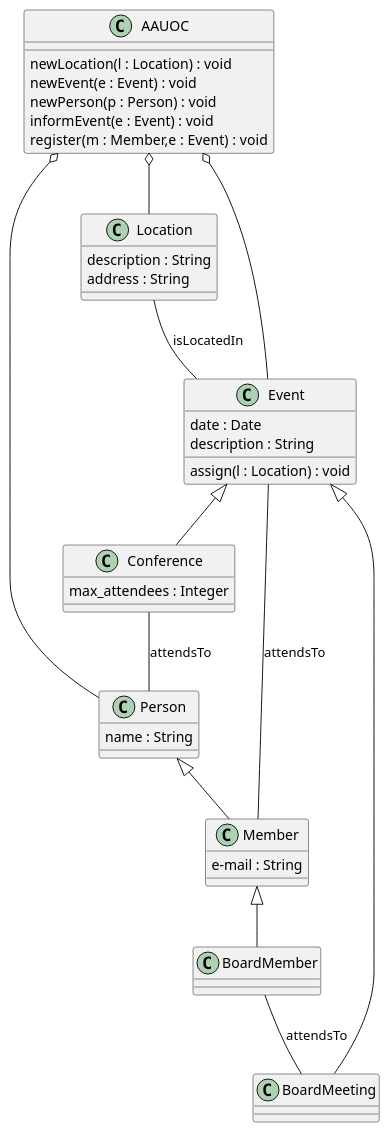
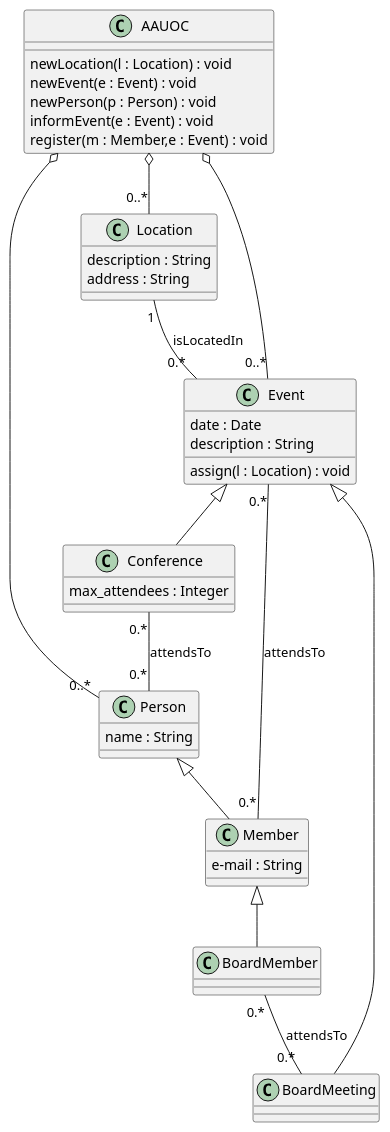
Before and after one commit to ESQUI19/UMLClasesVictoriaRamirezGarcia: the diagram in UMLClases.puml, drawn with PlantUML.

Commit message:
Proyecto finalizado.

```diff
--- a/UMLClases.puml
+++ b/UMLClases.puml
@@ -1,45 +1,48 @@
 @startuml
 class AAUOC {
     newLocation(l : Location) : void
     newEvent(e : Event) : void
     newPerson(p : Person) : void
     informEvent(e : Event) : void
     register(m : Member,e : Event) : void
 }
 class Person{
     name : String
 }
 class Member{
     e-mail : String
 }
 class BoardMember{}
 class Event{
     date : Date
     description : String
 
     assign(l : Location) : void
 }
+
 class Conference{
     max_attendees : Integer
 }
 class BoardMeeting{}
 class Location{
     description : String
     address : String
 }
 
-AAUOC o-- Person
-AAUOC o-- Event
-AAUOC o-- Location
+
+AAUOC o-- "0..*" Person
+AAUOC o-- "0..*" Event
+AAUOC o-- "0..*" Location
 Event <|-- BoardMeeting
 Event <|-- Conference
 Member <|-- BoardMember
 Person <|-- Member
 
-Location --Event : isLocatedIn
-Event -- Member : attendsTo
-Conference -- Person :attendsTo
-BoardMember -- BoardMeeting : attendsTo
+
+Location "1" -- "0.*" Event : isLocatedIn
+Event "0.*" -- "0.*" Member : attendsTo
+Conference "0.*" -- "0.*" Person :attendsTo
+BoardMember "0.*" -- "0.*" BoardMeeting : attendsTo
 
 
 @enduml
```
